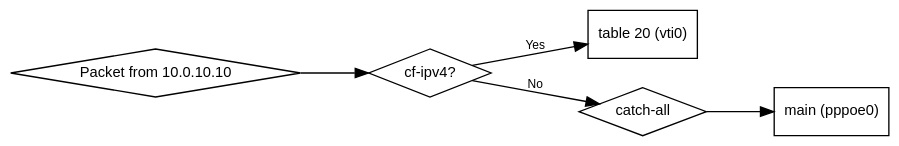
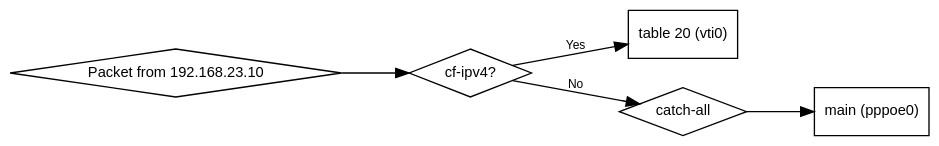
The second of 2 diagrams in src/content/docs/guides/vyos-dot.mdx (erfianugrah/lexicanum), drawn with Graphviz before and after one commit. The commit also changed other lines of this file and 17 other files, not shown here.

````diff
--- a/src/content/docs/guides/vyos-dot.mdx
+++ b/src/content/docs/guides/vyos-dot.mdx
@@ -275,19 +275,19 @@
 ```dot
 digraph {
   rankdir=LR; bgcolor="transparent"; compound=true; nodesep=0.3; ranksep=0.7;
   fontname="Helvetica,Arial,sans-serif";
   node [fontname="Helvetica,Arial,sans-serif", fontsize=11, shape=box];
   edge [fontname="Helvetica,Arial,sans-serif", fontsize=9];
 
-  Start   [label="Packet from 10.0.10.10", shape=diamond];
+  Start   [label="Packet from 192.168.23.10", shape=diamond];
   Rule1   [label="cf-ipv4?", shape=diamond];
   Table20 [label="table 20 (vti0)"];
   Rule2   [label="catch-all", shape=diamond];
   Main    [label="main (pppoe0)"];
 
   Start -> Rule1;
   Rule1 -> Table20 [label="Yes"];
   Rule1 -> Rule2   [label="No"];
   Rule2 -> Main;
 }
 ```
````
